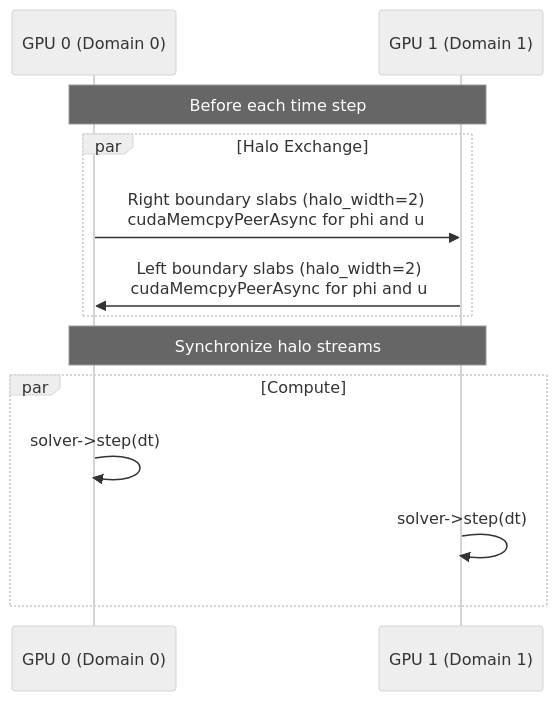
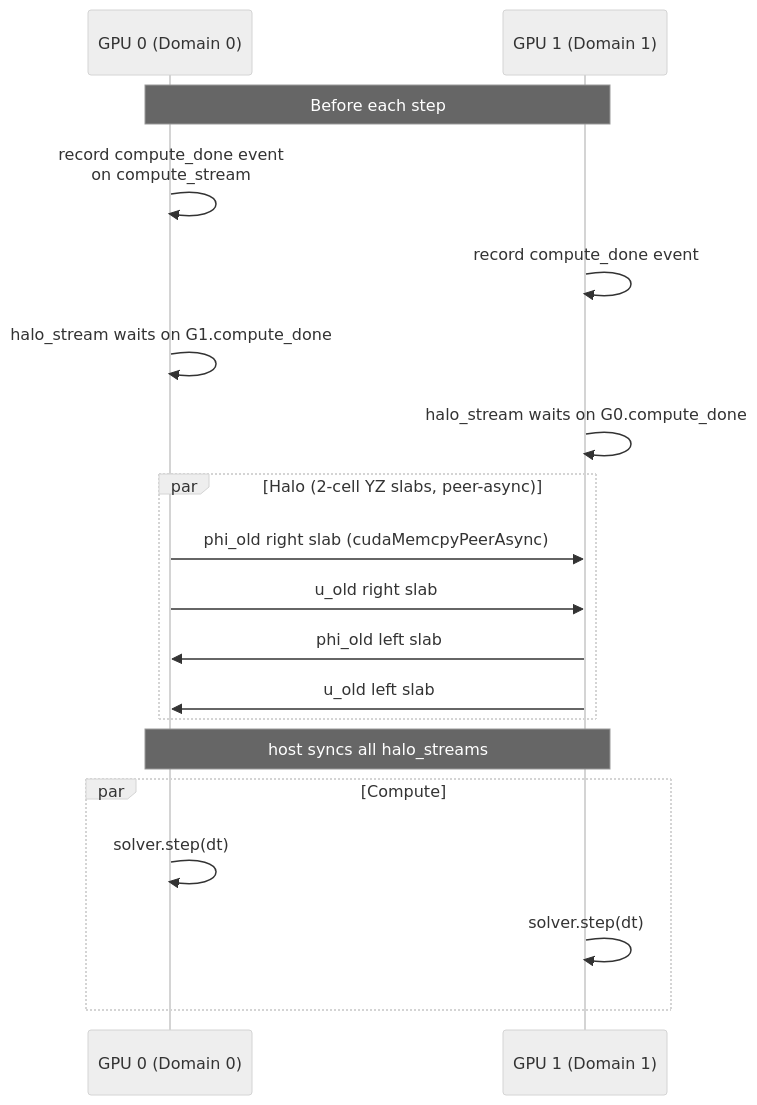
Before and after one commit to myousefi2016/Allen-Cahn-CUDA: the sixth of 9 diagrams in docs/ARCHITECTURE.md, drawn with Mermaid (neutral theme). The commit also changed other lines of this file and 3 other files, not shown here.

First line of the commit message:
Documentation: rewrite README, ARCHITECTURE, DESIGN, THEORY for full code parity

````diff
--- a/docs/ARCHITECTURE.md
+++ b/docs/ARCHITECTURE.md
@@ -224,19 +297,26 @@
 ```mermaid
 sequenceDiagram
-    participant GPU0 as GPU 0 (Domain 0)
-    participant GPU1 as GPU 1 (Domain 1)
+    participant G0 as GPU 0 (Domain 0)
+    participant G1 as GPU 1 (Domain 1)
 
-    Note over GPU0,GPU1: Before each time step
+    Note over G0,G1: Before each step
 
-    par Halo Exchange
-        GPU0->>GPU1: Right boundary slabs (halo_width=2)<br/>cudaMemcpyPeerAsync for phi and u
-        GPU1->>GPU0: Left boundary slabs (halo_width=2)<br/>cudaMemcpyPeerAsync for phi and u
+    G0->>G0: record compute_done event<br/>on compute_stream
+    G1->>G1: record compute_done event
+    G0->>G0: halo_stream waits on G1.compute_done
+    G1->>G1: halo_stream waits on G0.compute_done
+
+    par Halo (2-cell YZ slabs, peer-async)
+        G0->>G1: phi_old right slab (cudaMemcpyPeerAsync)
+        G0->>G1: u_old   right slab
+        G1->>G0: phi_old left  slab
+        G1->>G0: u_old   left  slab
     end
 
-    Note over GPU0,GPU1: Synchronize halo streams
+    Note over G0,G1: host syncs all halo_streams
 
     par Compute
-        GPU0->>GPU0: solver->step(dt)
-        GPU1->>GPU1: solver->step(dt)
+        G0->>G0: solver.step(dt)
+        G1->>G1: solver.step(dt)
     end
 ```
````
